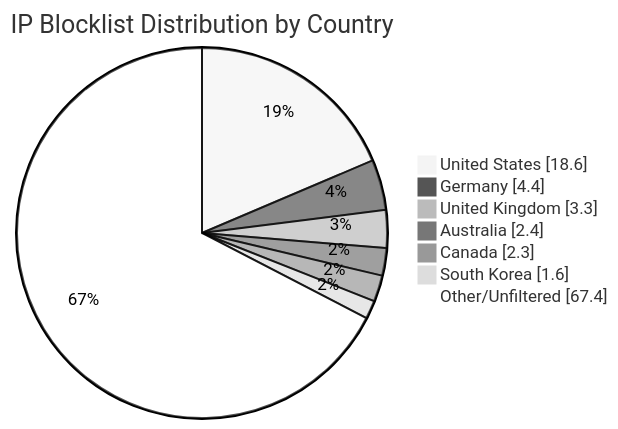
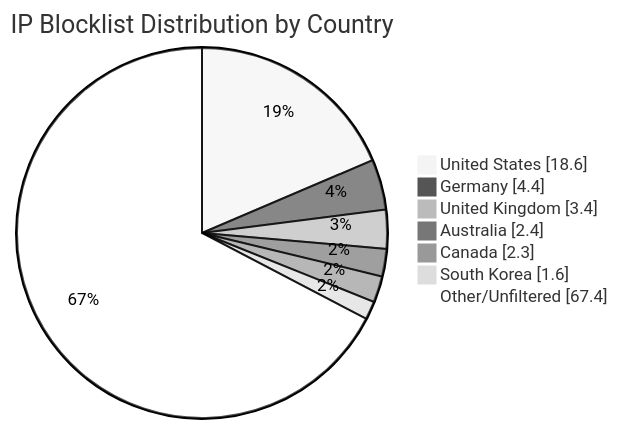
One commit to MarcusHoltz/ipblocklist-geofiltered-aggregator changed the diagram in README.md. Above: the diagram before and after it, drawn with Mermaid (neutral theme). The commit also changed other lines of this file and 9 other files, not shown here.

````diff
--- a/README.md
+++ b/README.md
@@ -34,10 +34,10 @@
 ```mermaid
 pie showData title IP Blocklist Distribution by Country
 "United States" : 18.6
 "Germany" : 4.4
-"United Kingdom" : 3.3
+"United Kingdom" : 3.4
 "Australia" : 2.4
 "Canada" : 2.3
 "South Korea" : 1.6
 "Other/Unfiltered" : 67.4
 ```
````
